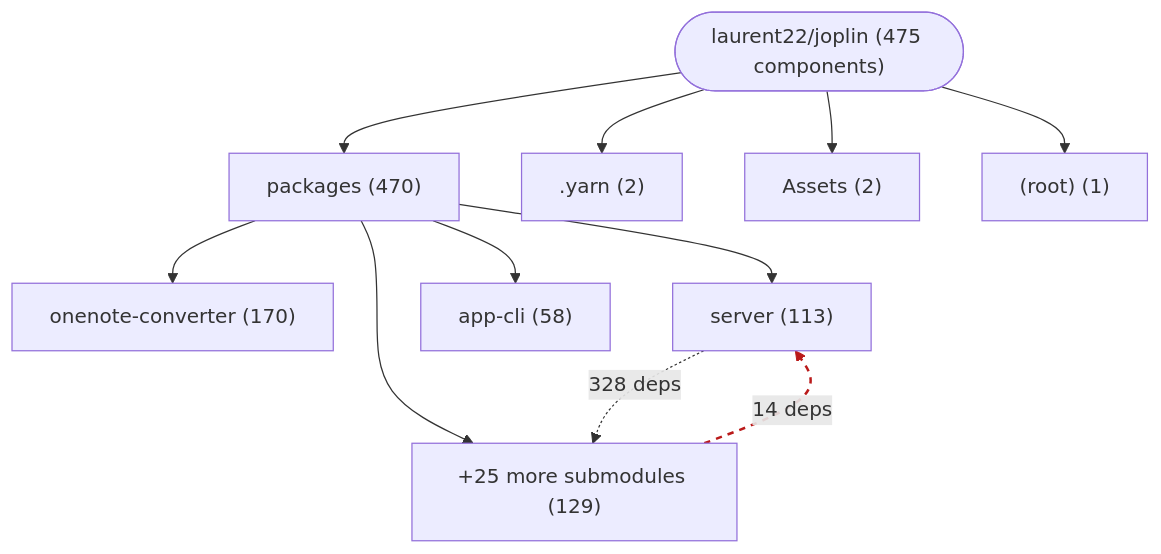
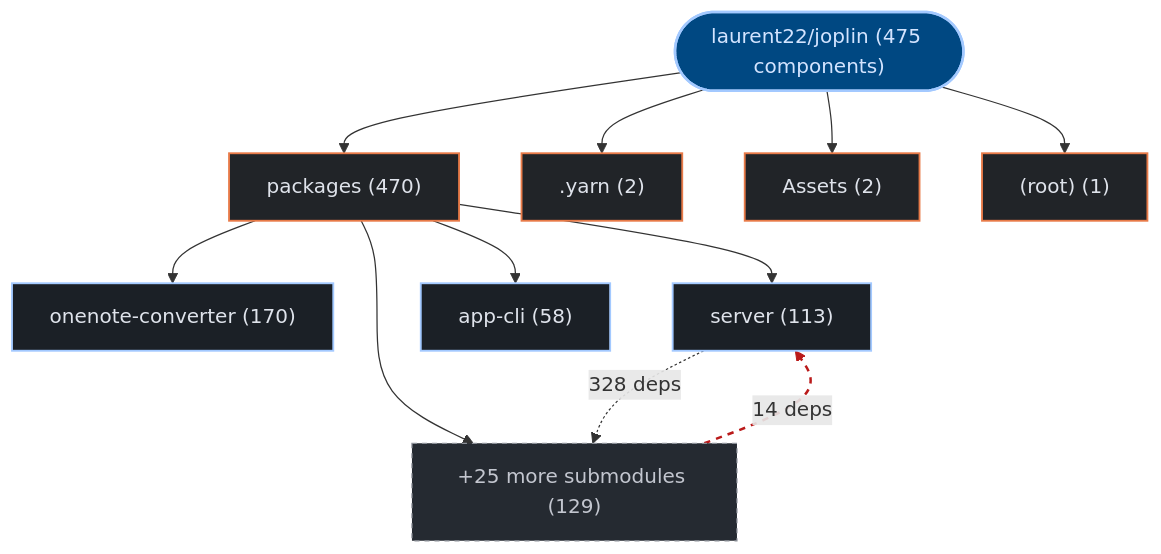
Before and after one commit to kumarshaz/atruss-code-atlas: the first of 3 diagrams in exports/latest/reports/laurent22-joplin-report.md, drawn with Mermaid. The commit also changed other lines of this file and 331 other files, not shown here.

Commit message:
docs,ui,fix: update SDLC docs, reorder CI/CD DAG first, stylize Mermaid, and fix Arc42 pipeline topology

````diff
--- a/exports/latest/reports/laurent22-joplin-report.md
+++ b/exports/latest/reports/laurent22-joplin-report.md
@@ -42,23 +42,30 @@
 ```mermaid
 graph TD;
-    repo_root(["laurent22/joplin (475 components)"])
-    dir_0_packages["packages (470)"]
+  classDef atlasRoot fill:#004882,stroke:#a3c9ff,stroke-width:2px,color:#d3e4ff
+  classDef atlasCategory fill:#212428,stroke:#E87A48,stroke-width:1.5px,color:#dfe3eb
+  classDef atlasWorkflow fill:#1b2026,stroke:#a3c9ff,stroke-width:1.5px,color:#dfe3eb
+  classDef atlasJob fill:#171c22,stroke:#8d9199,stroke-width:1px,color:#dfe3eb
+  classDef atlasTarget fill:#005227,stroke:#8bd99b,stroke-width:1.5px,color:#a7f6b6
+  classDef atlasAlert fill:#93000a,stroke:#ffb4ab,stroke-width:1.5px,color:#ffdad6
+  classDef atlasMore fill:#252a31,stroke:#8d9199,stroke-dasharray:4 4,color:#c3c6cf
+    repo_root(["laurent22/joplin (475 components)"]):::atlasRoot
+    dir_0_packages["packages (470)"]:::atlasCategory
     repo_root --> dir_0_packages
-    sub_0_0_onenote_converter["onenote-converter (170)"]
+    sub_0_0_onenote_converter["onenote-converter (170)"]:::atlasWorkflow
     dir_0_packages --> sub_0_0_onenote_converter
-    sub_0_1_server["server (113)"]
+    sub_0_1_server["server (113)"]:::atlasWorkflow
     dir_0_packages --> sub_0_1_server
-    sub_0_2_app_cli["app-cli (58)"]
+    sub_0_2_app_cli["app-cli (58)"]:::atlasWorkflow
     dir_0_packages --> sub_0_2_app_cli
-    sub_0_more["+25 more submodules (129)"]
+    sub_0_more["+25 more submodules (129)"]:::atlasMore
     dir_0_packages --> sub_0_more
-    dir_1__yarn[".yarn (2)"]
+    dir_1__yarn[".yarn (2)"]:::atlasCategory
     repo_root --> dir_1__yarn
-    dir_2_Assets["Assets (2)"]
+    dir_2_Assets["Assets (2)"]:::atlasCategory
     repo_root --> dir_2_Assets
-    dir_3__root_["(root) (1)"]
+    dir_3__root_["(root) (1)"]:::atlasCategory
     repo_root --> dir_3__root_
     sub_0_1_server -.->|"328 deps"| sub_0_more
     sub_0_more -.->|"14 deps"| sub_0_1_server
     linkStyle 9 stroke:#ba1a1a,stroke-width:2px,stroke-dasharray: 5 5
 ```
````
